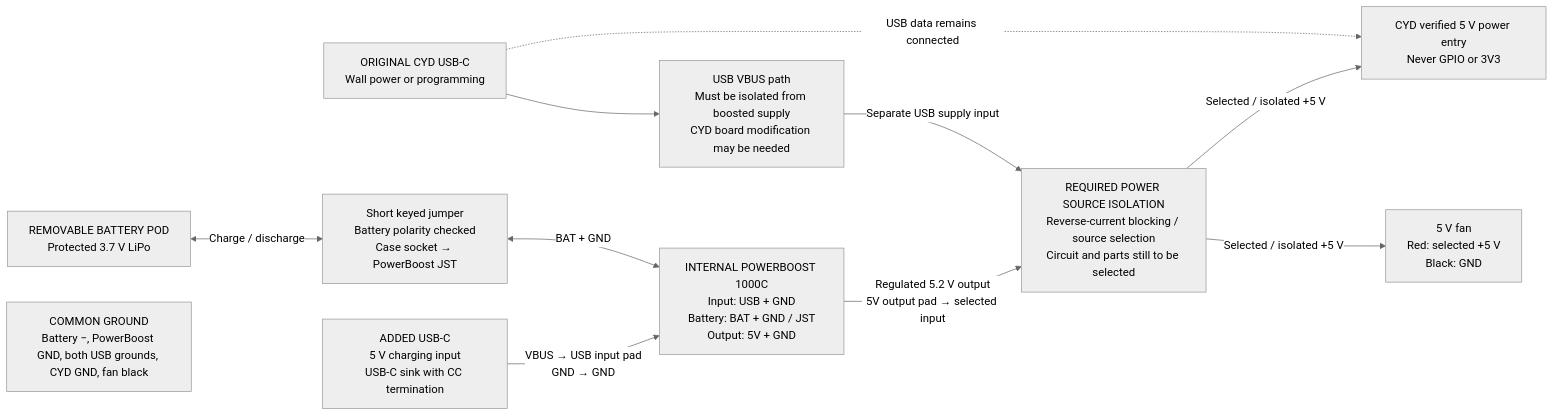
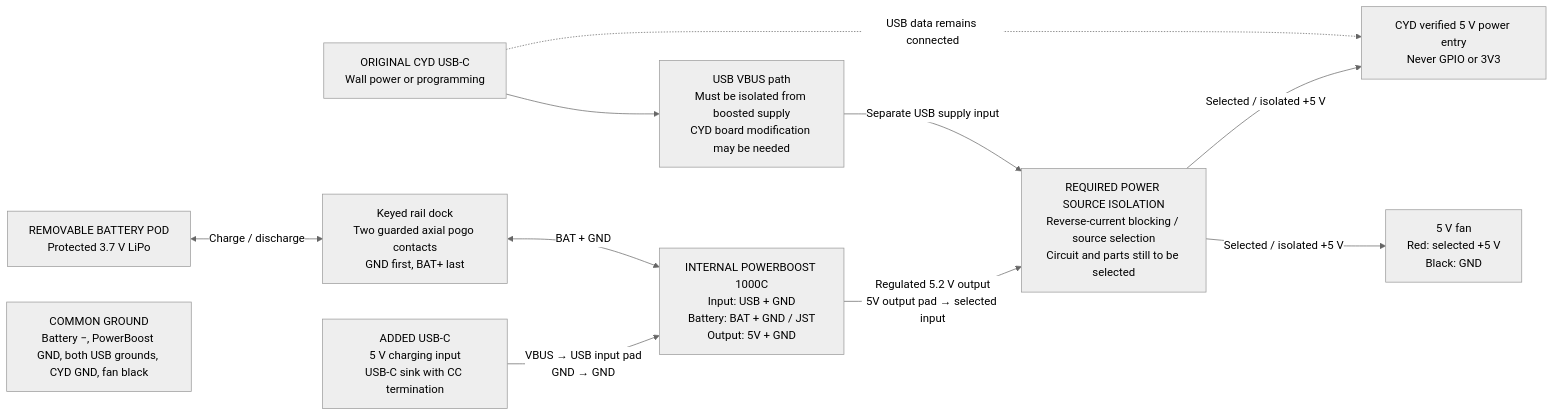
One commit to barnscarter-ops/portalbox changed the diagram in enclosure/WIRING.md. Above: the diagram before and after it, drawn with Mermaid (neutral theme). The commit also changed other lines of this file and 17 other files, not shown here.

Commit message:
Integrate guarded keyed battery contacts into CYD rail

````diff
--- a/enclosure/WIRING.md
+++ b/enclosure/WIRING.md
@@ -12,22 +12,22 @@
 ```mermaid
 flowchart LR
     CHARGE["ADDED USB-C<br/>5 V charging input<br/>USB-C sink with CC termination"]
     CELL["REMOVABLE BATTERY POD<br/>Protected 3.7 V LiPo"]
-    JST["Short keyed jumper<br/>Battery polarity checked<br/>Case socket → PowerBoost JST"]
+    JST["Keyed rail dock<br/>Two guarded axial pogo contacts<br/>GND first, BAT+ last"]
     PB["INTERNAL POWERBOOST 1000C<br/>Input: USB + GND<br/>Battery: BAT + GND / JST<br/>Output: 5V + GND"]
     ORIGINAL["ORIGINAL CYD USB-C<br/>Wall power or programming"]
     VBUS["USB VBUS path<br/>Must be isolated from boosted supply<br/>CYD board modification may be needed"]
     ISOLATE["REQUIRED POWER SOURCE ISOLATION<br/>Reverse-current blocking / source selection<br/>Circuit and parts still to be selected"]
     LOAD["CYD verified 5 V power entry<br/>Never GPIO or 3V3"]
     FAN["5 V fan<br/>Red: selected +5 V<br/>Black: GND"]
     CHARGE -->|"VBUS → USB input pad<br/>GND → GND"| PB
     CELL <-->|"Charge / discharge"| JST
     JST <-->|"BAT + GND"| PB
     PB -->|"Regulated 5.2 V output<br/>5V output pad → selected input"| ISOLATE
     ORIGINAL --> VBUS
     VBUS -->|"Separate USB supply input"| ISOLATE
     ISOLATE -->|"Selected / isolated +5 V"| LOAD
     ISOLATE -->|"Selected / isolated +5 V"| FAN
     ORIGINAL -.->|"USB data remains connected"| LOAD
     COMMON["COMMON GROUND<br/>Battery −, PowerBoost GND, both USB grounds, CYD GND, fan black"]
 ```
````
